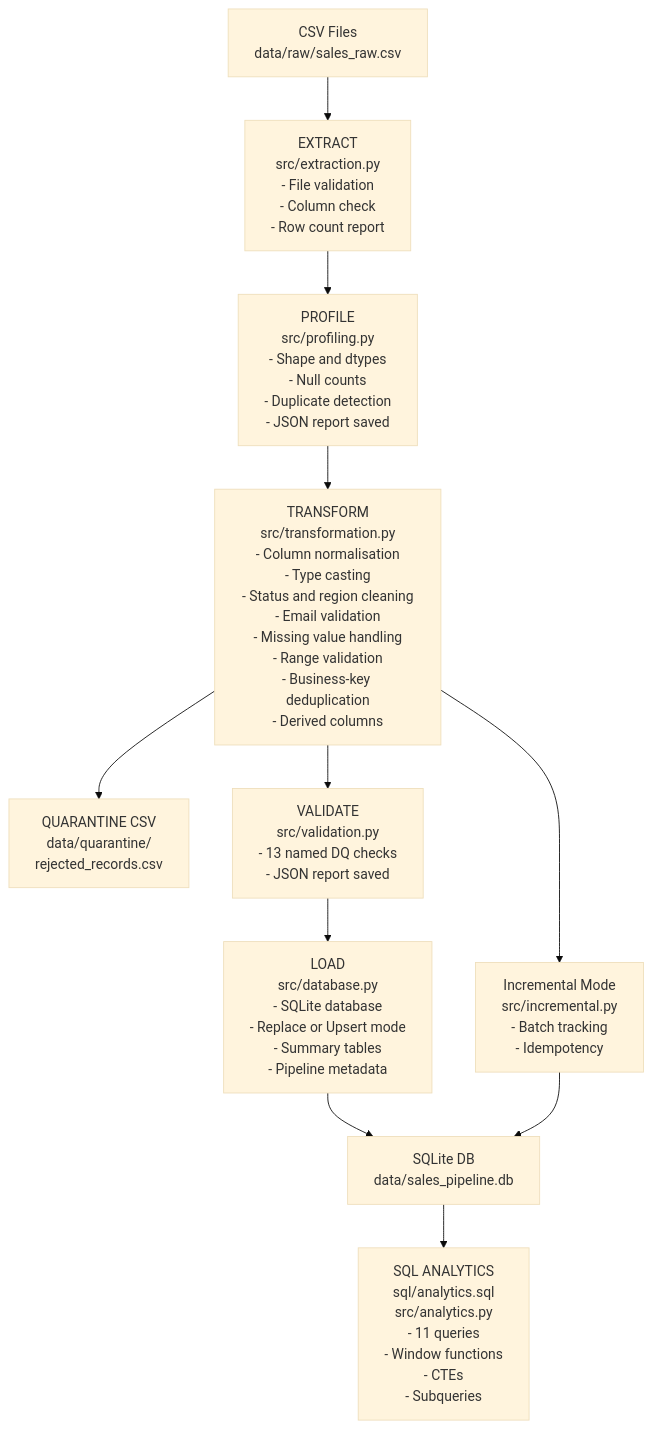
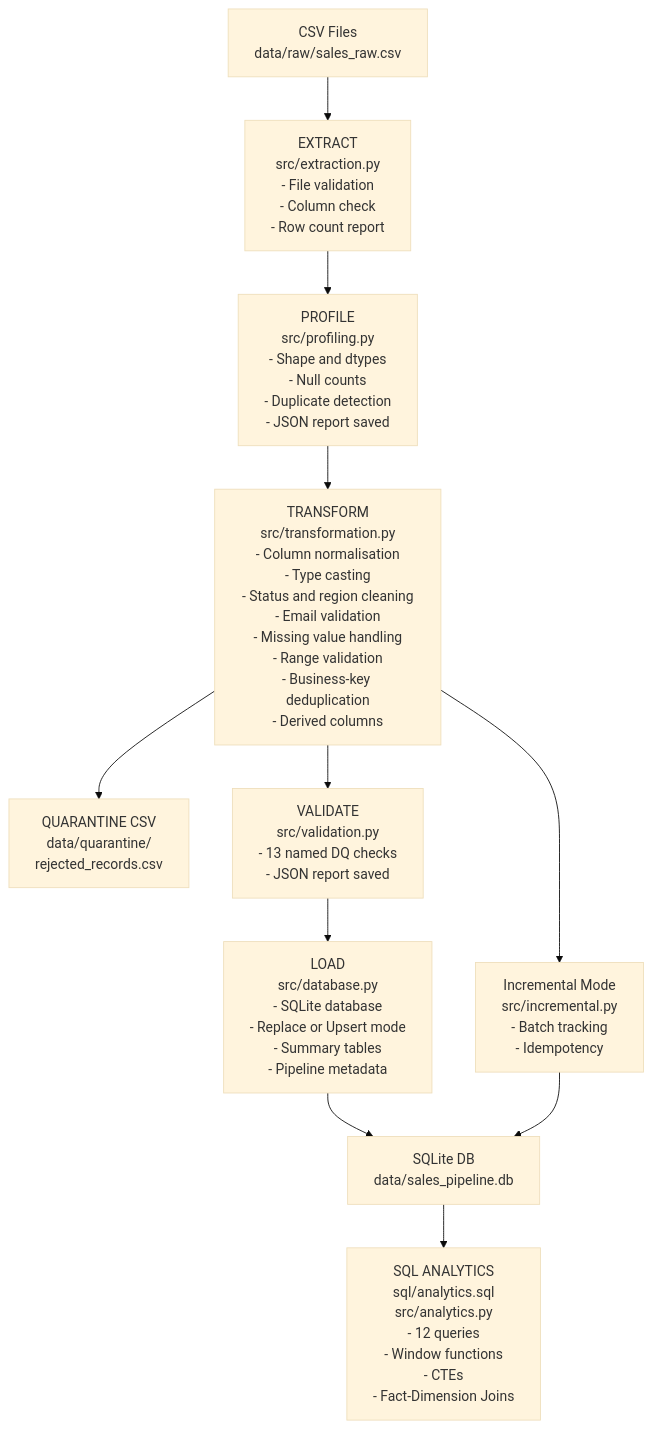
Before and after one commit to BALANJANEYULU-799/sales-data-engineering-pipeline: the diagram in README.md, drawn with Mermaid (base theme). The commit also changed other lines of this file and 13 other files, not shown here.

````diff
--- a/README.md
+++ b/README.md
@@ -28,13 +34,13 @@
 ```mermaid
 flowchart TD
     A["CSV Files\ndata/raw/sales_raw.csv"] --> B["EXTRACT\nsrc/extraction.py\n- File validation\n- Column check\n- Row count report"]
     B --> C["PROFILE\nsrc/profiling.py\n- Shape and dtypes\n- Null counts\n- Duplicate detection\n- JSON report saved"]
     C --> D["TRANSFORM\nsrc/transformation.py\n- Column normalisation\n- Type casting\n- Status and region cleaning\n- Email validation\n- Missing value handling\n- Range validation\n- Business-key deduplication\n- Derived columns"]
     D --> E["QUARANTINE CSV\ndata/quarantine/\nrejected_records.csv"]
     D --> F["VALIDATE\nsrc/validation.py\n- 13 named DQ checks\n- JSON report saved"]
     F --> G["LOAD\nsrc/database.py\n- SQLite database\n- Replace or Upsert mode\n- Summary tables\n- Pipeline metadata"]
     G --> H["SQLite DB\ndata/sales_pipeline.db"]
-    H --> I["SQL ANALYTICS\nsql/analytics.sql\nsrc/analytics.py\n- 11 queries\n- Window functions\n- CTEs\n- Subqueries"]
+    H --> I["SQL ANALYTICS\nsql/analytics.sql\nsrc/analytics.py\n- 12 queries\n- Window functions\n- CTEs\n- Fact-Dimension Joins"]
     D --> J["Incremental Mode\nsrc/incremental.py\n- Batch tracking\n- Idempotency"]
     J --> H
 ```
````
